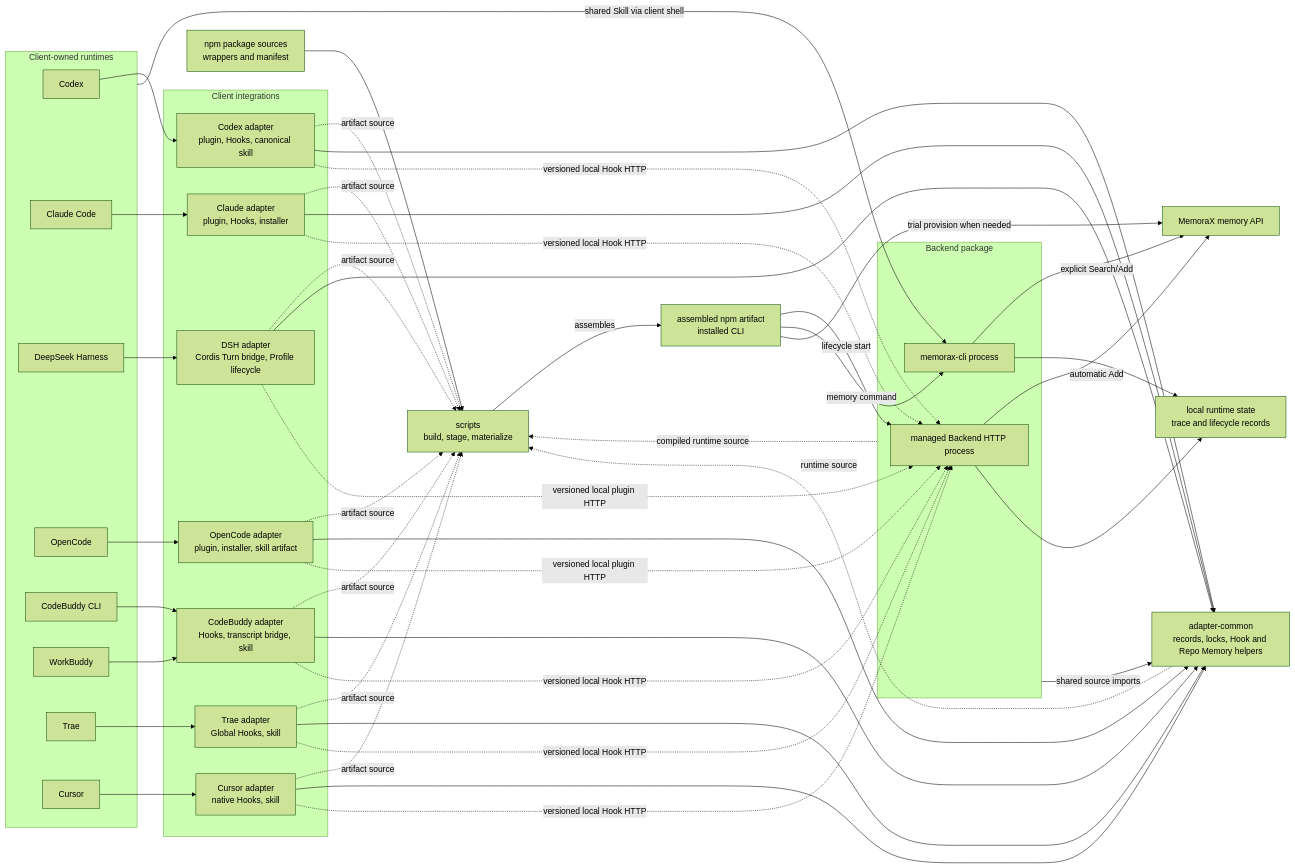
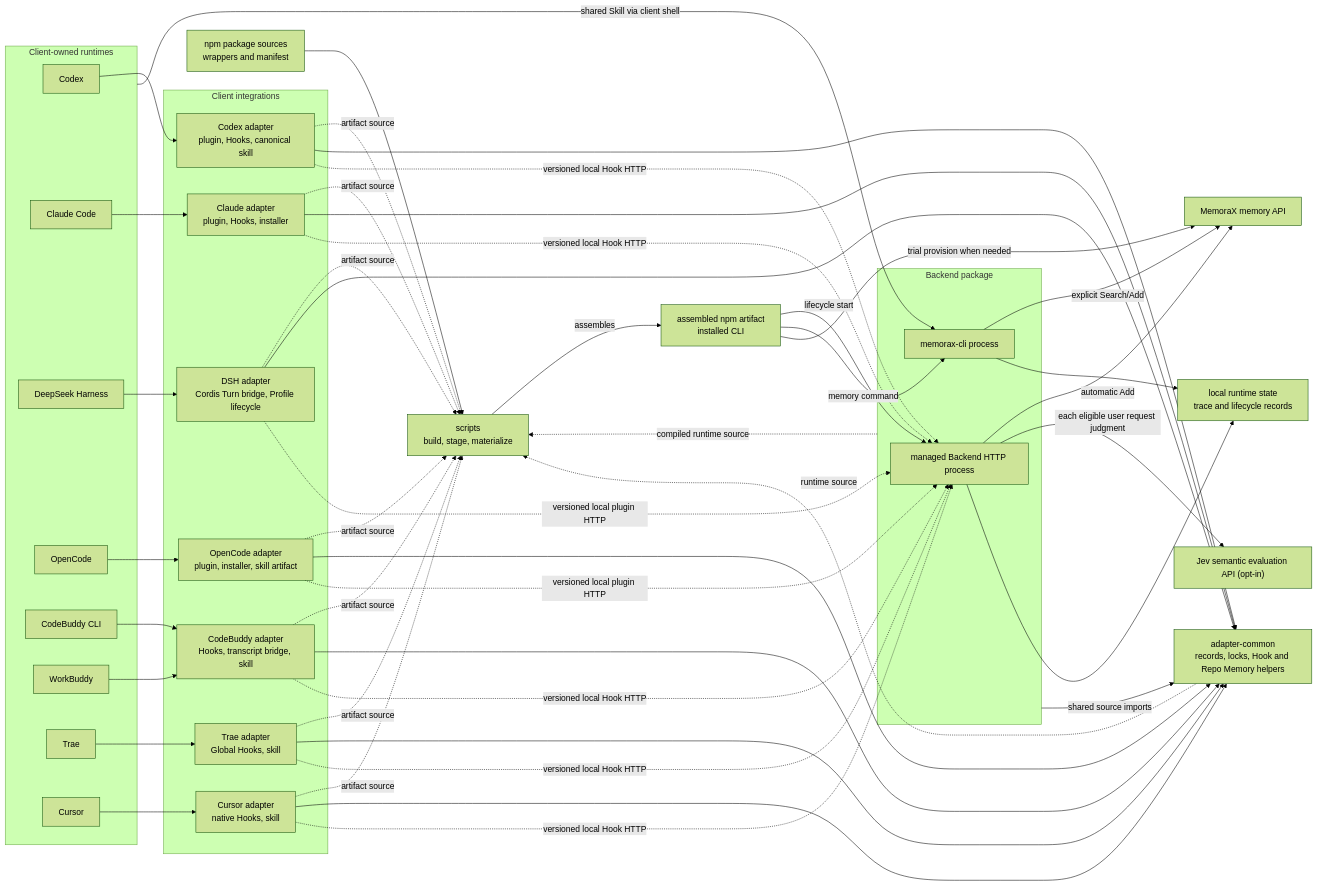
Before and after one commit to SimonEskildse/memorax-code: the first of 7 diagrams in ARCHITECTURE.md, drawn with Mermaid (forest theme). The commit also changed other lines of this file and 51 other files, not shown here.

Commit message:
feat:(jev) guide skill search on every eligible turn

````diff
--- a/ARCHITECTURE.md
+++ b/ARCHITECTURE.md
@@ -44,80 +44,82 @@
 ```mermaid
 flowchart LR
   subgraph Clients["Client-owned runtimes"]
     Codex["Codex"]
     Claude["Claude Code"]
     DSH["DeepSeek Harness"]
     OpenCode["OpenCode"]
     CodeBuddy["CodeBuddy CLI"]
     WorkBuddy["WorkBuddy"]
     Trae["Trae"]
     Cursor["Cursor"]
   end
 
   subgraph Adapters["Client integrations"]
     CodexAdapter["Codex adapter<br/>plugin, Hooks, canonical skill"]
     ClaudeAdapter["Claude adapter<br/>plugin, Hooks, installer"]
     DshAdapter["DSH adapter<br/>Cordis Turn bridge, Profile lifecycle"]
     OpenCodeAdapter["OpenCode adapter<br/>plugin, installer, skill artifact"]
     CodeBuddyAdapter["CodeBuddy adapter<br/>Hooks, transcript bridge, skill"]
     TraeAdapter["Trae adapter<br/>Global Hooks, skill"]
     CursorAdapter["Cursor adapter<br/>native Hooks, skill"]
   end
 
   Common["adapter-common<br/>records, locks, Hook and Repo Memory helpers"]
   subgraph Backend["Backend package"]
     Service["managed Backend HTTP process"]
     MemoryCLI["memorax-cli process"]
   end
   Npm["npm package sources<br/>wrappers and manifest"]
   Build["scripts<br/>build, stage, materialize"]
   Artifact["assembled npm artifact<br/>installed CLI"]
   MemoraX["MemoraX memory API"]
+  Jev["Jev semantic evaluation API (opt-in)"]
   Local["local runtime state<br/>trace and lifecycle records"]
 
   Npm --> Build
   Backend -. "compiled runtime source" .-> Build
   Common -. "runtime source" .-> Build
   CodexAdapter -. "artifact source" .-> Build
   ClaudeAdapter -. "artifact source" .-> Build
   DshAdapter -. "artifact source" .-> Build
   OpenCodeAdapter -. "artifact source" .-> Build
   CodeBuddyAdapter -. "artifact source" .-> Build
   TraeAdapter -. "artifact source" .-> Build
   CursorAdapter -. "artifact source" .-> Build
   Build -->|"assembles"| Artifact
   Artifact -->|"lifecycle start"| Service
   Artifact -->|"memory command"| MemoryCLI
   Artifact -->|"trial provision when needed"| MemoraX
 
   Backend -->|"shared source imports"| Common
   CodexAdapter --> Common
   ClaudeAdapter --> Common
   DshAdapter --> Common
   OpenCodeAdapter --> Common
   CodeBuddyAdapter --> Common
   TraeAdapter --> Common
   CursorAdapter --> Common
 
   Codex --> CodexAdapter
   Claude --> ClaudeAdapter
   DSH --> DshAdapter
   OpenCode --> OpenCodeAdapter
   CodeBuddy --> CodeBuddyAdapter
   WorkBuddy --> CodeBuddyAdapter
   Trae --> TraeAdapter
   Cursor --> CursorAdapter
   CodexAdapter -. "versioned local Hook HTTP" .-> Service
   ClaudeAdapter -. "versioned local Hook HTTP" .-> Service
   DshAdapter -. "versioned local plugin HTTP" .-> Service
   OpenCodeAdapter -. "versioned local plugin HTTP" .-> Service
   CodeBuddyAdapter -. "versioned local Hook HTTP" .-> Service
   TraeAdapter -. "versioned local Hook HTTP" .-> Service
   CursorAdapter -. "versioned local Hook HTTP" .-> Service
 
   Clients -->|"shared Skill via client shell"| MemoryCLI
   Service -->|"automatic Add"| MemoraX
+  Service -->|"each eligible user request judgment"| Jev
   MemoryCLI -->|"explicit Search/Add"| MemoraX
   Service --> Local
   MemoryCLI --> Local
 ```
````
